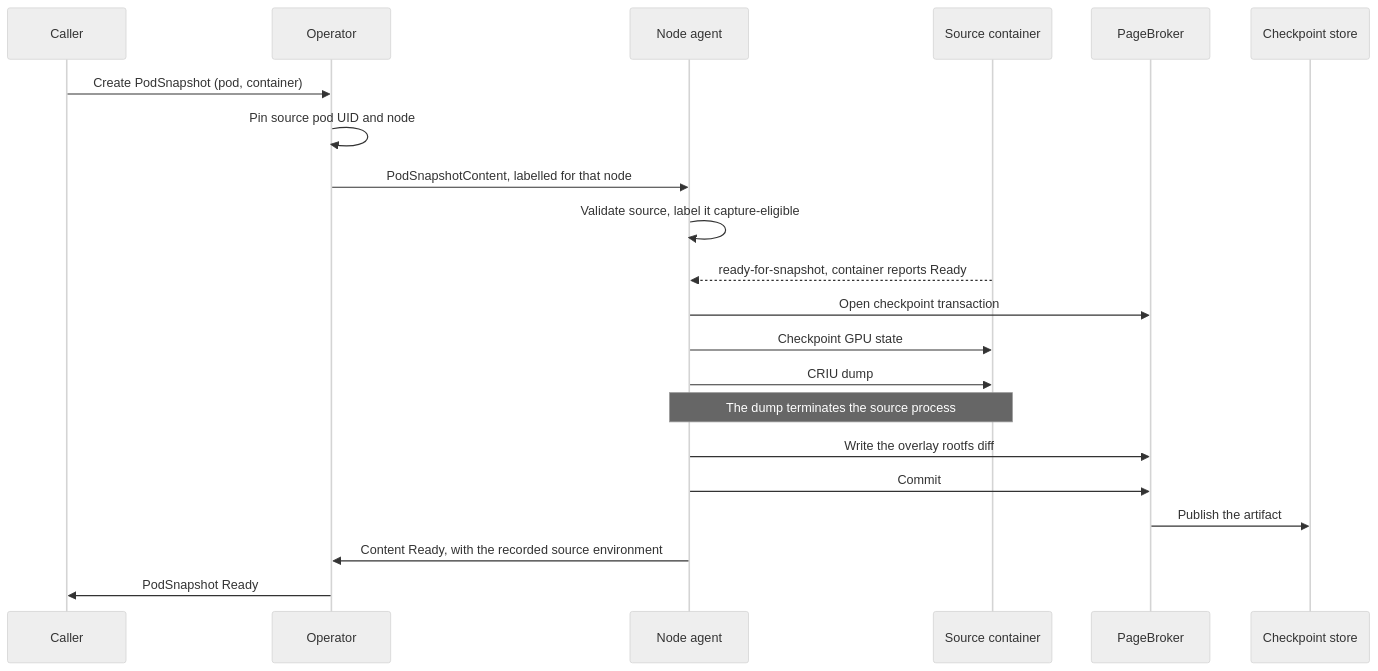
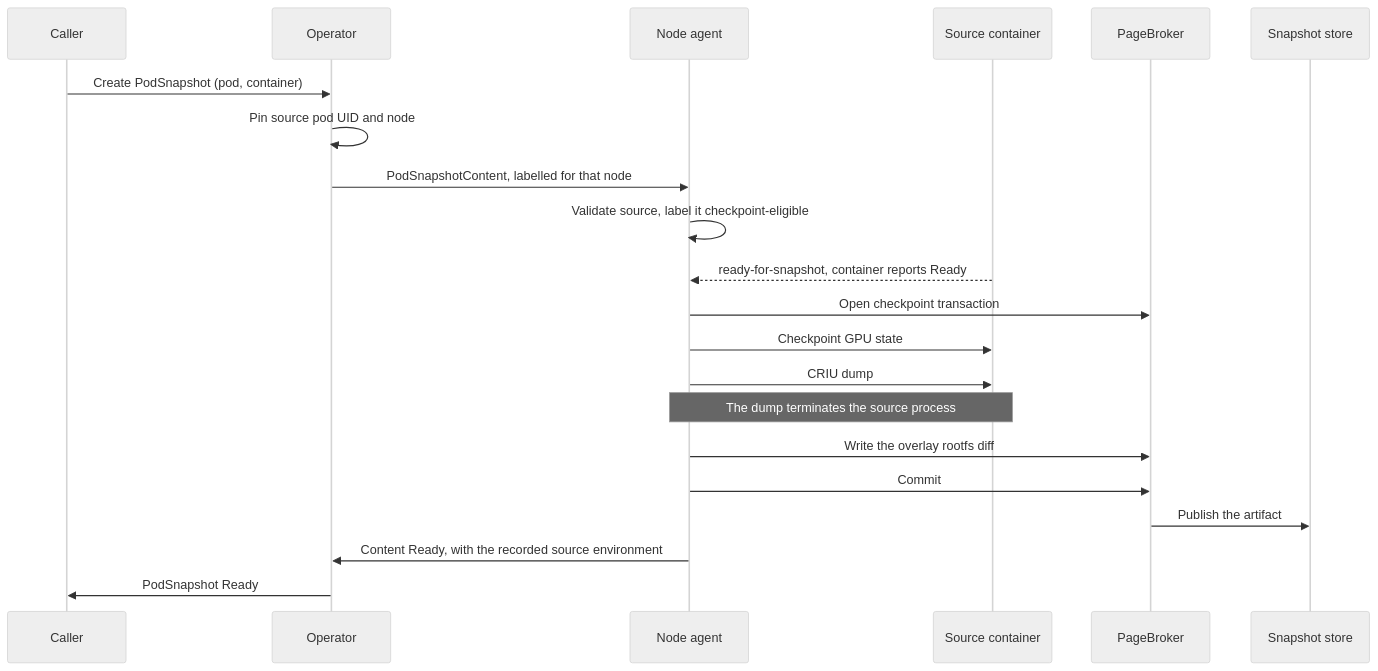
Before and after one commit to ai-dynamo/snapshot: the second of 3 diagrams in docs/reference/architecture/README.md, drawn with Mermaid (neutral theme). The commit also changed other lines of this file and 42 other files, not shown here.

First line of the commit message:
refactor!: say checkpoint and snapshot, not capture

````diff
--- a/docs/reference/architecture/README.md
+++ b/docs/reference/architecture/README.md
@@ -114,23 +114,23 @@
 ```mermaid
 sequenceDiagram
     participant U as Caller
     participant O as Operator
     participant A as Node agent
     participant W as Source container
     participant P as PageBroker
-    participant S as Checkpoint store
+    participant S as Snapshot store
     U->>O: Create PodSnapshot (pod, container)
     O->>O: Pin source pod UID and node
     O->>A: PodSnapshotContent, labelled for that node
-    A->>A: Validate source, label it capture-eligible
+    A->>A: Validate source, label it checkpoint-eligible
     W-->>A: ready-for-snapshot, container reports Ready
     A->>P: Open checkpoint transaction
     A->>W: Checkpoint GPU state
     A->>W: CRIU dump
     Note over A,W: The dump terminates the source process
     A->>P: Write the overlay rootfs diff
     A->>P: Commit
     P->>S: Publish the artifact
     A->>O: Content Ready, with the recorded source environment
     O->>U: PodSnapshot Ready
 ```
````
